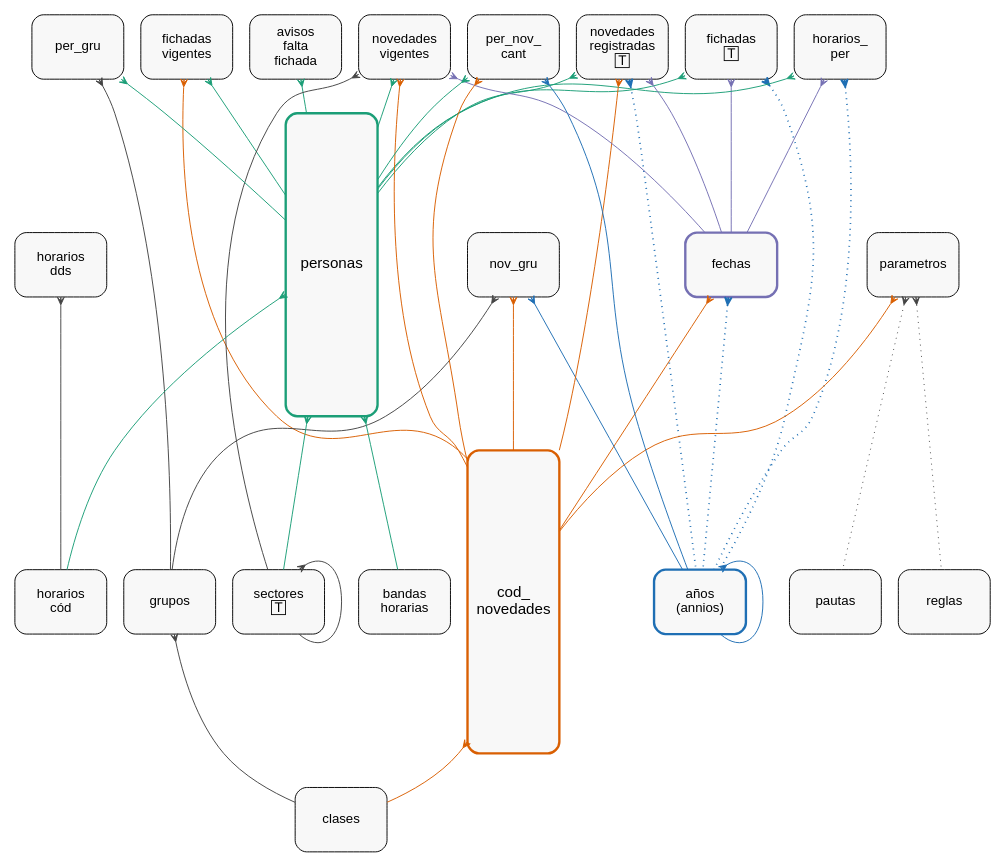
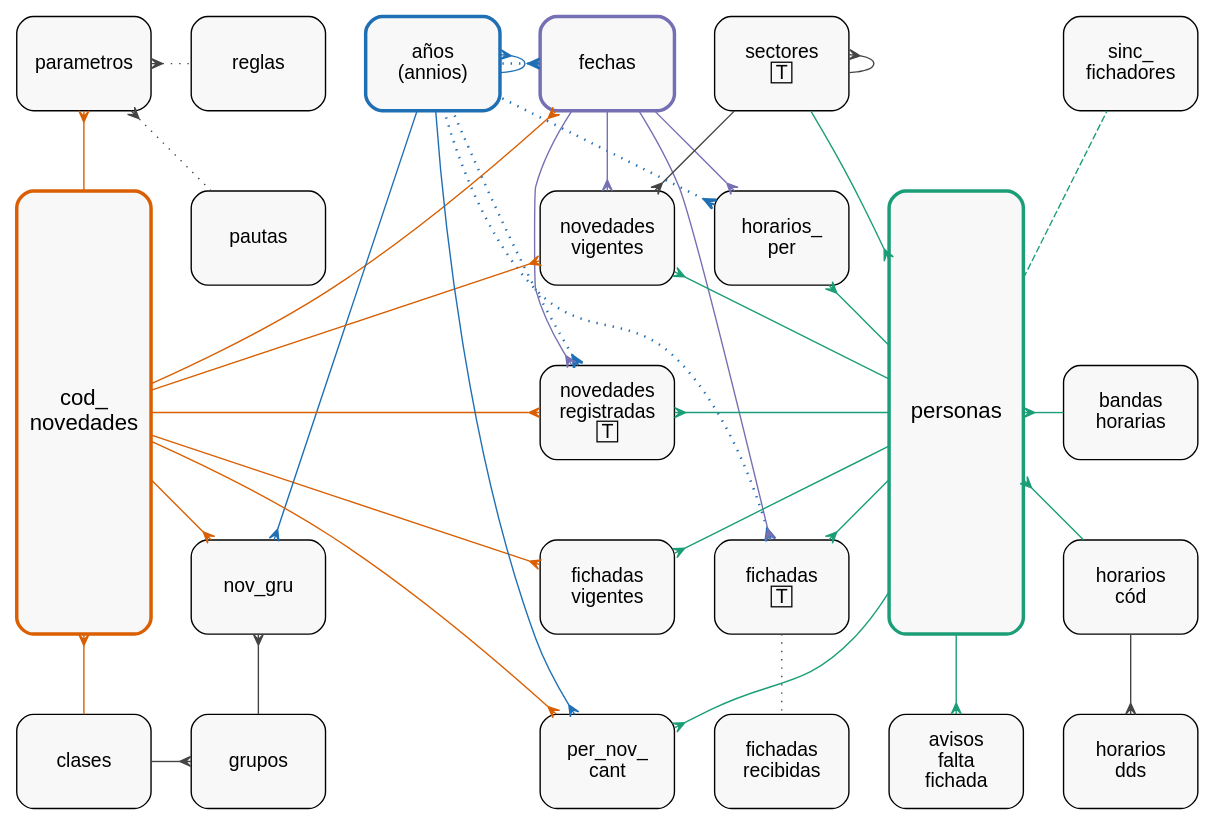
One commit to codenautas/siper changed the diagram in docs/der-novedades.dot. Above: the diagram before and after it, drawn with Graphviz. The commit also changed 5 other files, not shown here.

```diff
--- a/docs/der-novedades.dot
+++ b/docs/der-novedades.dot
@@ -1,73 +1,74 @@
 // DER de SiPer: novedades y fichadas
 // Relaciones: foreignKeys (línea llena) y softForeignKeys (línea de rayas, dashed) de src/server/table-*.ts
 // Pata de gallo del lado "muchos"; el lado "uno" sin marca.
 // Línea punteada fina (dotted): referencias transitivas (ej FK a año de una tabla que también referencia a fechas).
 // Generar: neato -Tpdf der-novedades.dot -o der-novedades.pdf   (o -Tsvg / -Tpng)
 
 digraph DER {
-  graph [inputscale=0.5714, size="11.7,8.3", splines=true, sep="+4", fontname="Arial"];
+  graph [layout=neato, inputscale=0.5714, size="11.7,8.3", splines=true, sep="+4", fontname="Arial"];
   node  [shape=box, style="rounded,filled", fillcolor="#f8f8f8", fontname="Arial", fontsize=14, width=1.35, height=0.95, fixedsize=true];
   edge  [dir=both, arrowtail=crow, arrowhead=none, color="#444444", arrowsize=0.8];
 
   avisos_falta_fichada    [pos="6,-5!", label="avisos\nfalta\nfichada"];
   annios                  [pos="3,-1!", label="años\n(annios)", color="#1f6fb4", penwidth=2.5];
   bandas_horarias         [pos="7,-3!", label="bandas\nhorarias"];
   cod_novedades           [pos="1,-3!", height=4.45, fontsize=16, label="cod_\nnovedades", color="#d95f02", penwidth=2.5];
   clases                  [pos="1,-5!"];
   fechas                  [pos="4,-1!", color="#7570b3", penwidth=2.5];
   fichadas                [pos="5,-4!", label="fichadas\n🅃"];
+  fichadas_recibidas      [pos="5,-5!", label="fichadas\nrecibidas"];
   fichadas_vigentes       [pos="4,-4!", label="fichadas\nvigentes"];
   grupos                  [pos="2,-5!"];
   horarios_cod            [pos="7,-4!", label="horarios\ncód"];
   horarios_dds            [pos="7,-5!", label="horarios\ndds"];
   horarios_per            [pos="5,-2!", label="horarios_\nper"];
   nov_gru                 [pos="2,-4!"];
   novedades_registradas   [pos="4,-3!", label="novedades\nregistradas\n🅃"];
   novedades_vigentes      [pos="4,-2!", label="novedades\nvigentes"];
   parametros              [pos="1,-1!"];
   pautas                  [pos="2,-2!"];
-  per_gru                 [pos="3,-5!"];
   per_nov_cant            [pos="4,-5!", label="per_nov_\ncant"];
   personas                [pos="6,-3!", height=4.45, fontsize=16, color="#1b9e77", penwidth=2.5];
   reglas                  [pos="2,-1!"];
   sectores                [pos="5,-1!", label="sectores\n🅃"];
+  sinc_fichadores         [pos="7,-1!", label="sinc_\nfichadores"];
 
   annios -> annios [color="#1f6fb4"];
   avisos_falta_fichada -> personas [color="#1b9e77"];
   cod_novedades -> clases [color="#d95f02"];
-  fechas -> annios [tailport=c, headport=c, style=dotted, penwidth=1.8, color="#1f6fb4"];
+  fechas -> annios [style=dotted, penwidth=1.8, color="#1f6fb4"];
   fechas -> cod_novedades [color="#d95f02"];
   fichadas -> personas [color="#1b9e77"];
   fichadas -> fechas [color="#7570b3"];
-  fichadas -> annios [tailport=c, headport=c, style=dotted, penwidth=1.8, color="#1f6fb4"];
+  fichadas -> annios [style=dotted, penwidth=1.8, color="#1f6fb4"];
+  fichadas -> fichadas_recibidas [style=dotted, arrowtail=none];
   fichadas_vigentes -> personas [color="#1b9e77"];
   fichadas_vigentes -> cod_novedades [color="#d95f02"];
   grupos -> clases;
   horarios_dds -> horarios_cod;
   horarios_per -> personas [color="#1b9e77"];
-  horarios_per -> annios [tailport=c, headport=c, style=dotted, penwidth=1.8, color="#1f6fb4"];
+  horarios_per -> annios [style=dotted, penwidth=1.8, color="#1f6fb4"];
   horarios_per -> fechas [color="#7570b3"];
   nov_gru -> annios [color="#1f6fb4"];
   nov_gru -> cod_novedades [color="#d95f02"];
   nov_gru -> grupos;
-  novedades_registradas -> annios [tailport=c, headport=c, style=dotted, penwidth=1.8, color="#1f6fb4"];
+  novedades_registradas -> annios [style=dotted, penwidth=1.8, color="#1f6fb4"];
   novedades_registradas -> personas [color="#1b9e77"];
   novedades_registradas -> cod_novedades [color="#d95f02"];
   novedades_registradas -> fechas [color="#7570b3"];
   novedades_vigentes -> personas [color="#1b9e77"];
   novedades_vigentes -> fechas [color="#7570b3"];
   novedades_vigentes -> sectores;
   novedades_vigentes -> cod_novedades [color="#d95f02"];
   parametros -> cod_novedades [color="#d95f02"];
   parametros -> reglas [style=dotted];
   parametros -> pautas [style=dotted];
   per_nov_cant -> annios [color="#1f6fb4"];
   per_nov_cant -> personas [color="#1b9e77"];
   per_nov_cant -> cod_novedades [color="#d95f02"];
-  per_gru -> personas [color="#1b9e77"];
-  per_gru -> grupos;
   personas -> bandas_horarias [color="#1b9e77"];
   personas -> horarios_cod [color="#1b9e77"];
   personas -> sectores [color="#1b9e77"];
+  personas -> sinc_fichadores [color="#1b9e77", style=dashed, arrowtail=none];
   sectores -> sectores;
 }
```
